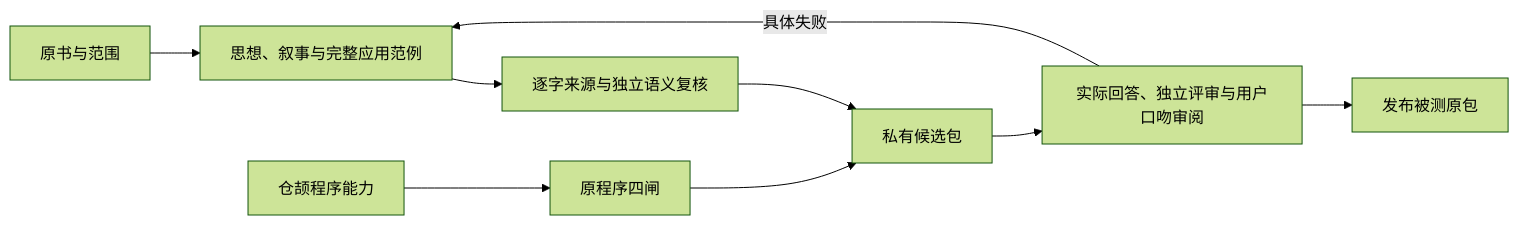
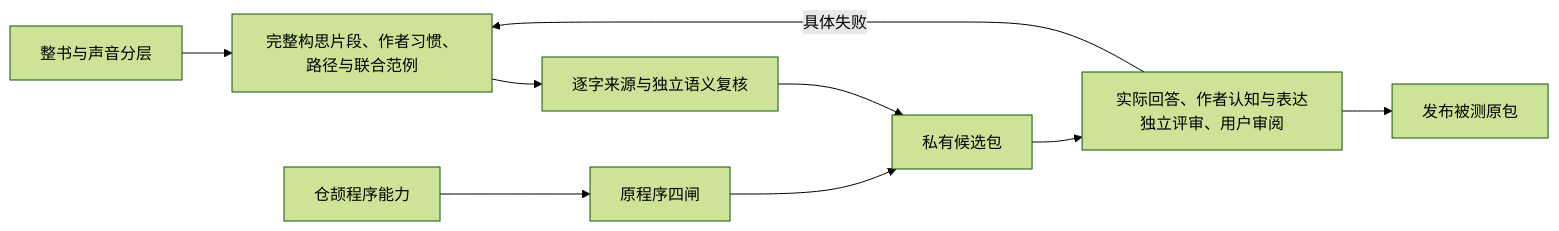
The diagram in README.md (cloudxy/book-plugin), drawn with Mermaid (forest theme) before and after one commit. The commit also changed other lines of this file and 28 other files, not shown here.

````diff
--- a/README.md
+++ b/README.md
@@ -7,11 +7,11 @@
 ```mermaid
 flowchart LR
-    A[原书与范围] --> B[思想、叙事与完整应用范例]
+    A[整书与声音分层] --> B[完整构思片段、作者习惯、路径与联合范例]
     B --> C[逐字来源与独立语义复核]
     D[仓颉程序能力] --> E[原程序四闸]
     C --> F[私有候选包]
     E --> F
-    F --> G[实际回答、独立评审与用户口吻审阅]
+    F --> G[实际回答、作者认知与表达独立评审、用户审阅]
     G --> H[发布被测原包]
     G -->|具体失败| B
 ```
````
